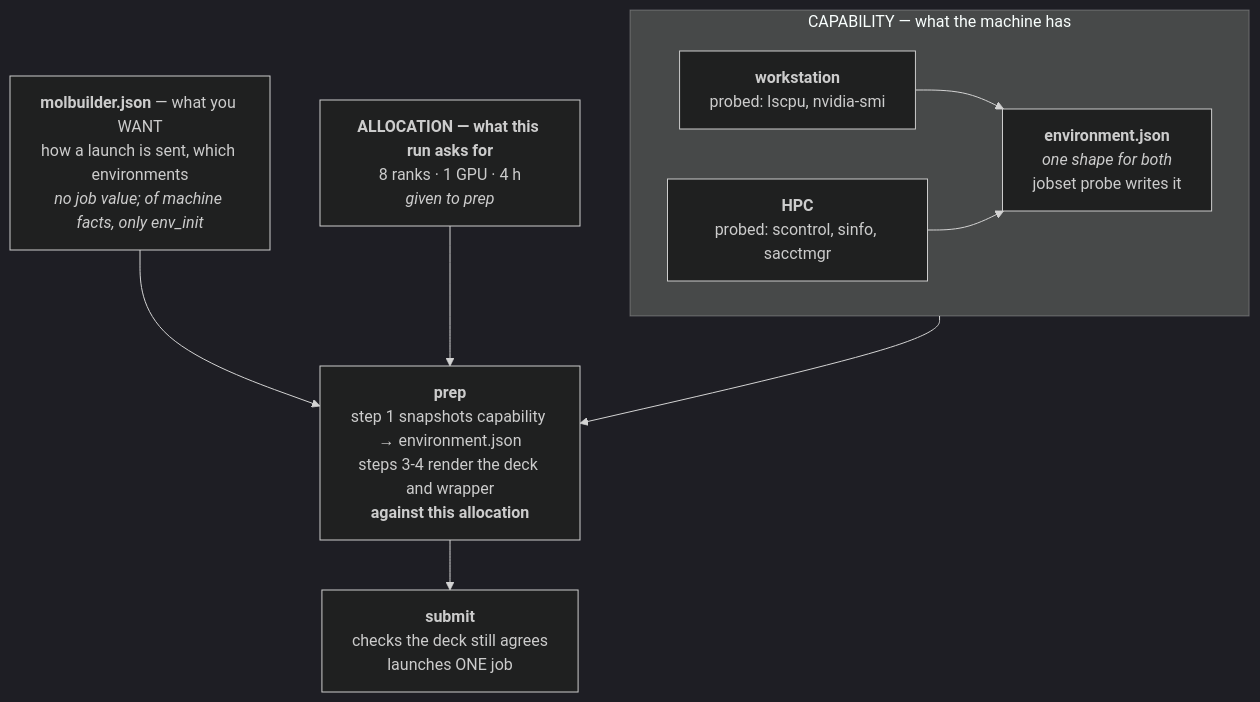
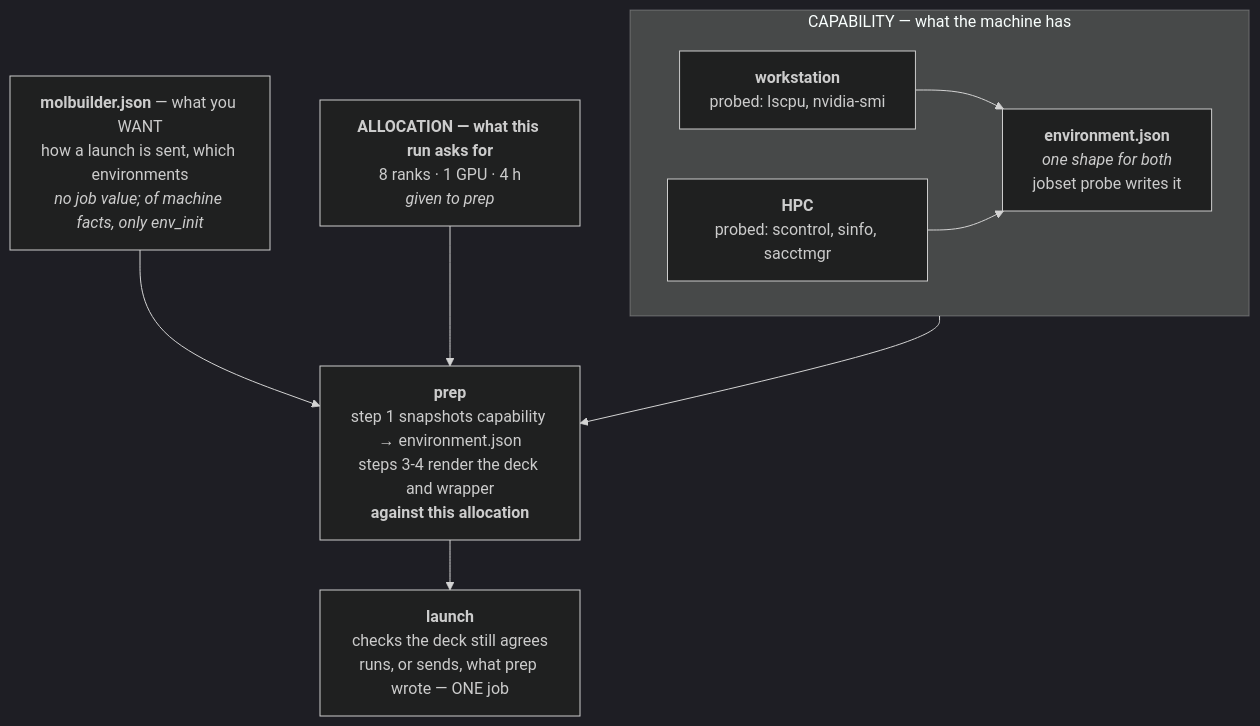
One commit to Qing-LAB/molbuilder changed the seventh of 10 diagrams in docs/execution/project-layout.md. Above: the diagram before and after it, drawn with Mermaid (dark theme). The commit also changed other lines of this file and 54 other files, not shown here.

````diff
--- a/docs/execution/project-layout.md
+++ b/docs/execution/project-layout.md
@@ -1419,19 +1420,19 @@
 ```mermaid
 flowchart TB
     subgraph cap["CAPABILITY — what the machine has"]
       direction LR
       W["<b>workstation</b><br/>probed: lscpu, nvidia-smi"]
       H["<b>HPC</b><br/>probed: scontrol, sinfo, sacctmgr"]
       E["<b>environment.json</b><br/><i>one shape for both</i><br/>jobset probe writes it"]
       W --> E
       H --> E
     end
     C["<b>molbuilder.json</b> — what you WANT<br/>how a launch is sent, which environments<br/><i>no job value; of machine facts, only env_init</i>"]
     A["<b>ALLOCATION — what this run asks for</b><br/>8 ranks · 1 GPU · 4 h<br/><i>given to prep</i>"]
     P["<b>prep</b><br/>step 1 snapshots capability → environment.json<br/>steps 3-4 render the deck and wrapper<br/><b>against this allocation</b>"]
-    S["<b>submit</b><br/>checks the deck still agrees<br/>launches ONE job"]
+    S["<b>launch</b><br/>checks the deck still agrees<br/>runs, or sends, what prep wrote — ONE job"]
     cap --> P
     C --> P
     A --> P
     P --> S
 ```
````
